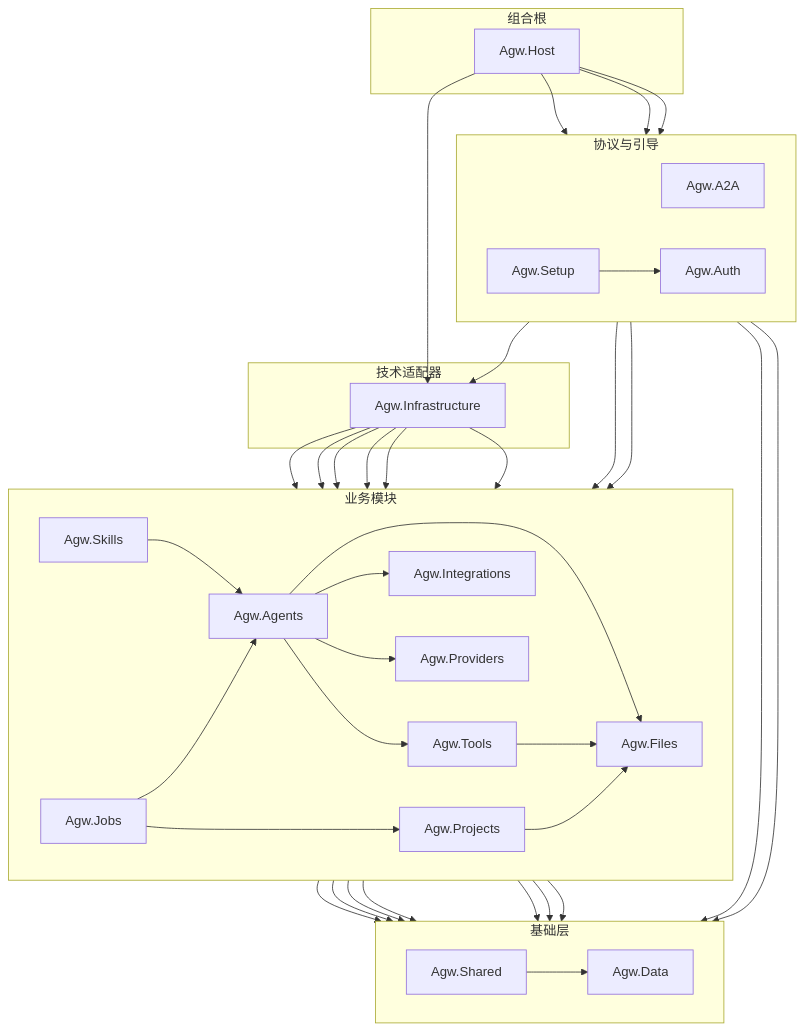
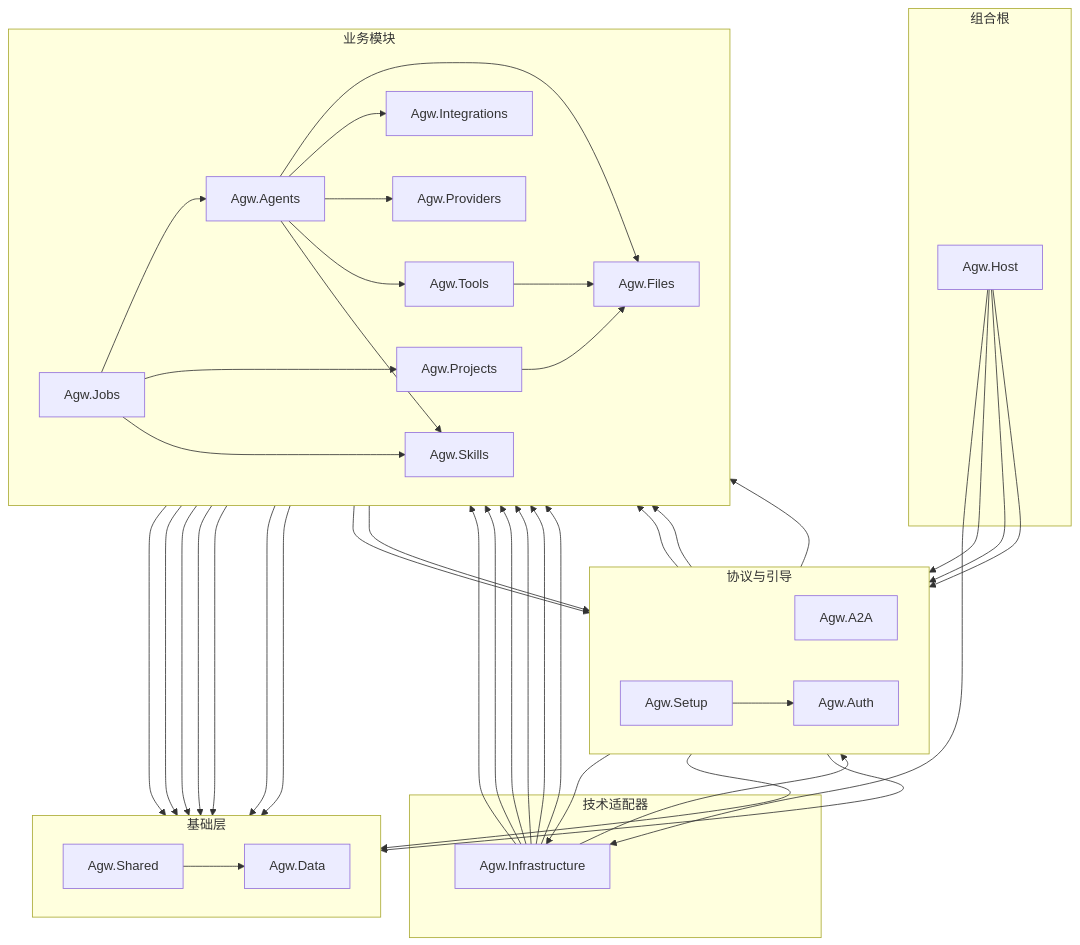
One commit to zxyao145/agw changed the diagram in README.zh-CN.md. Above: the diagram before and after it, drawn with Mermaid. The commit also changed other lines of this file and 68 other files, not shown here.

```diff
--- a/README.zh-CN.md
+++ b/README.zh-CN.md
@@ -332,31 +338,36 @@
     SETUP --> AUTH
     SETUP --> INFRA
     SETUP --> SHARED
+    SETUP --> SKILLS
 
     A2A --> AGENTS
     A2A --> PROJECTS
 
     INFRA --> AGENTS
+    INFRA --> AUTH
     INFRA --> INTEGRATIONS
     INFRA --> PROVIDERS
     INFRA --> PROJECTS
     INFRA --> SKILLS
     INFRA --> JOBS
 
-    SKILLS --> AGENTS
     SKILLS --> SHARED
     JOBS --> AGENTS
     JOBS --> PROJECTS
     JOBS --> SHARED
+    JOBS --> SKILLS
 
+    AGENTS --> AUTH
     AGENTS --> FILES
     AGENTS --> INTEGRATIONS
     AGENTS --> PROVIDERS
     AGENTS --> TOOLS
     AGENTS --> SHARED
+    AGENTS --> SKILLS
 
     PROJECTS --> FILES
     PROJECTS --> SHARED
+    TOOLS --> AUTH
     TOOLS --> FILES
     TOOLS --> SHARED
 
```
